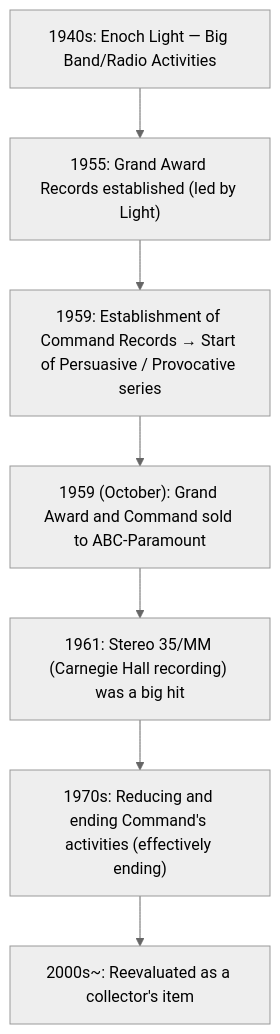
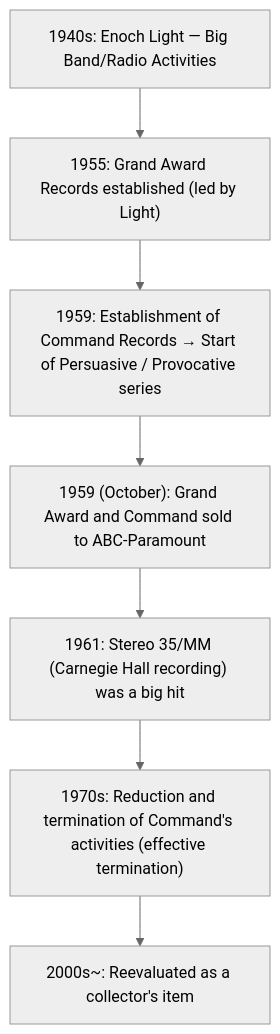
The first of 2 diagrams in en/_posts/2025-10-04-Column-Enoch-Light-Command.md (monumental-movement/monumental-movement.github.io), drawn with Mermaid (neutral theme) before and after one commit. The commit also changed other lines of this file and 296 other files, not shown here.

```diff
--- a/en/_posts/2025-10-04-Column-Enoch-Light-Command.md
+++ b/en/_posts/2025-10-04-Column-Enoch-Light-Command.md
@@ -63,13 +63,13 @@
 <div class="mermaid">
 
 flowchart TD
     A["1940s: Enoch Light — Big Band/Radio Activities"]
     B["1955: Grand Award Records established (led by Light)"]
     C["1959: Establishment of Command Records → Start of Persuasive / Provocative series"]
     D["1959 (October): Grand Award and Command sold to ABC-Paramount"]
     E["1961: Stereo 35/MM (Carnegie Hall recording) was a big hit"]
-    F["1970s: Reducing and ending Command's activities (effectively ending)"]
+    F["1970s: Reduction and termination of Command's activities (effective termination)"]
     G["2000s~: Reevaluated as a collector's item"]
 
     A --> B --> C --> D --> E --> F --> G
 </div>
```
